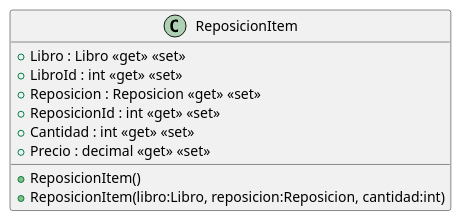
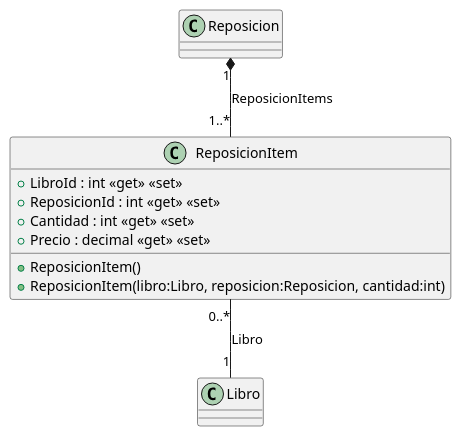
The diagram in src/AppForSEII.API/ClassDiagram/ReposicionItem.puml (ISII2627DDNProject/ISII2627DDNProject), drawn with PlantUML before and after one commit. The commit also changed 11 other files, not shown here.

First line of the commit message:
Implementación dell diagrama del CU1: Comprar libros (#74)

```diff
--- a/src/AppForSEII.API/ClassDiagram/ReposicionItem.puml
+++ b/src/AppForSEII.API/ClassDiagram/ReposicionItem.puml
@@ -1,12 +1,12 @@
 @startuml
 class ReposicionItem {
     + ReposicionItem()
     + ReposicionItem(libro:Libro, reposicion:Reposicion, cantidad:int)
-    + Libro : Libro <<get>> <<set>>
     + LibroId : int <<get>> <<set>>
-    + Reposicion : Reposicion <<get>> <<set>>
     + ReposicionId : int <<get>> <<set>>
     + Cantidad : int <<get>> <<set>>
     + Precio : decimal <<get>> <<set>>
 }
+ReposicionItem "0..*" -- "1" Libro : Libro
+Reposicion "1" *-- "1..*" ReposicionItem : ReposicionItems
 @enduml
```
